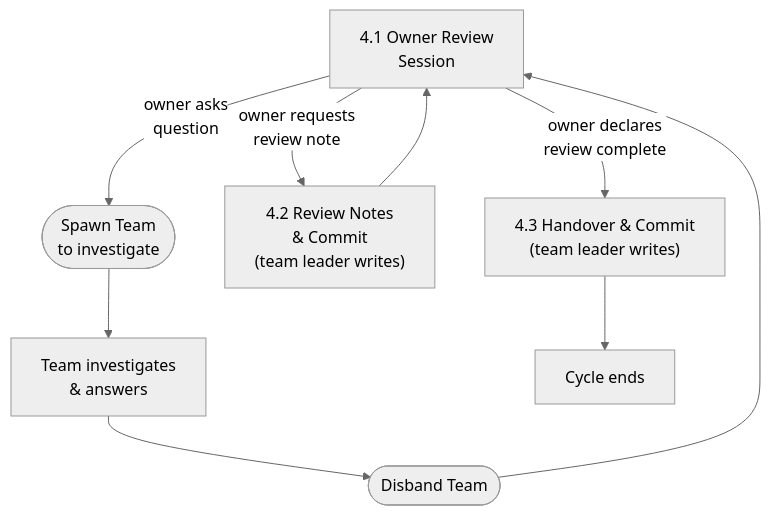
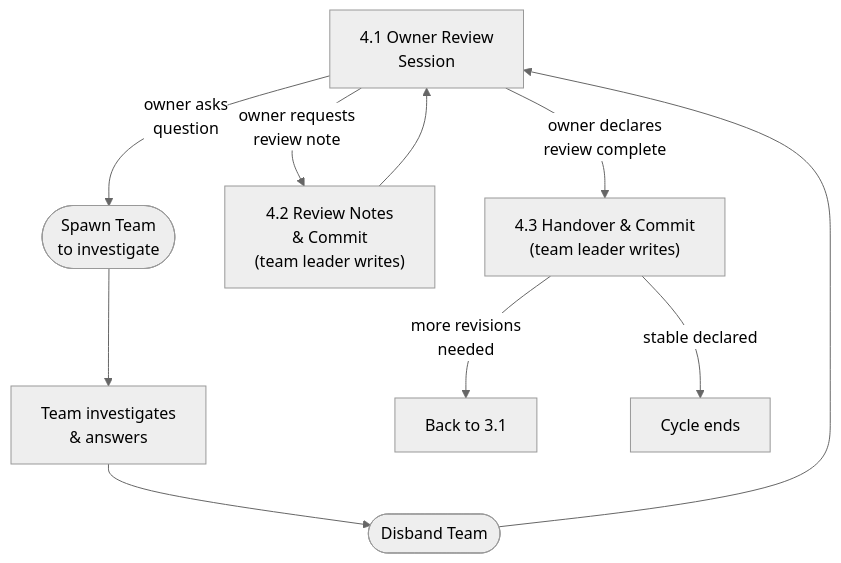
Before and after one commit to powdream-org/it-shell3: the third of 3 diagrams in docs/work-styles/03-design-workflow.md, drawn with Mermaid (neutral theme). The commit also changed other lines of this file and 18 other files, not shown here.

````diff
--- a/docs/work-styles/03-design-workflow.md
+++ b/docs/work-styles/03-design-workflow.md
@@ -351,12 +389,13 @@
 ```mermaid
 graph TD
     A["4.1 Owner Review<br/>Session"]
     A -- "owner asks<br/>question" --> spawn1(["Spawn Team<br/>to investigate"])
     spawn1 --> investigate["Team investigates<br/>& answers"]
     investigate --> disband1(["Disband Team"])
     disband1 --> A
     A -- "owner requests<br/>review note" --> B["4.2 Review Notes<br/>& Commit<br/>(team leader writes)"]
     B --> A
     A -- "owner declares<br/>review complete" --> C["4.3 Handover & Commit<br/>(team leader writes)"]
-    C --> D["Cycle ends"]
+    C -- "more revisions<br/>needed" --> RevisionCycle["Back to 3.1"]
+    C -- "stable declared" --> D["Cycle ends"]
 ```
````
